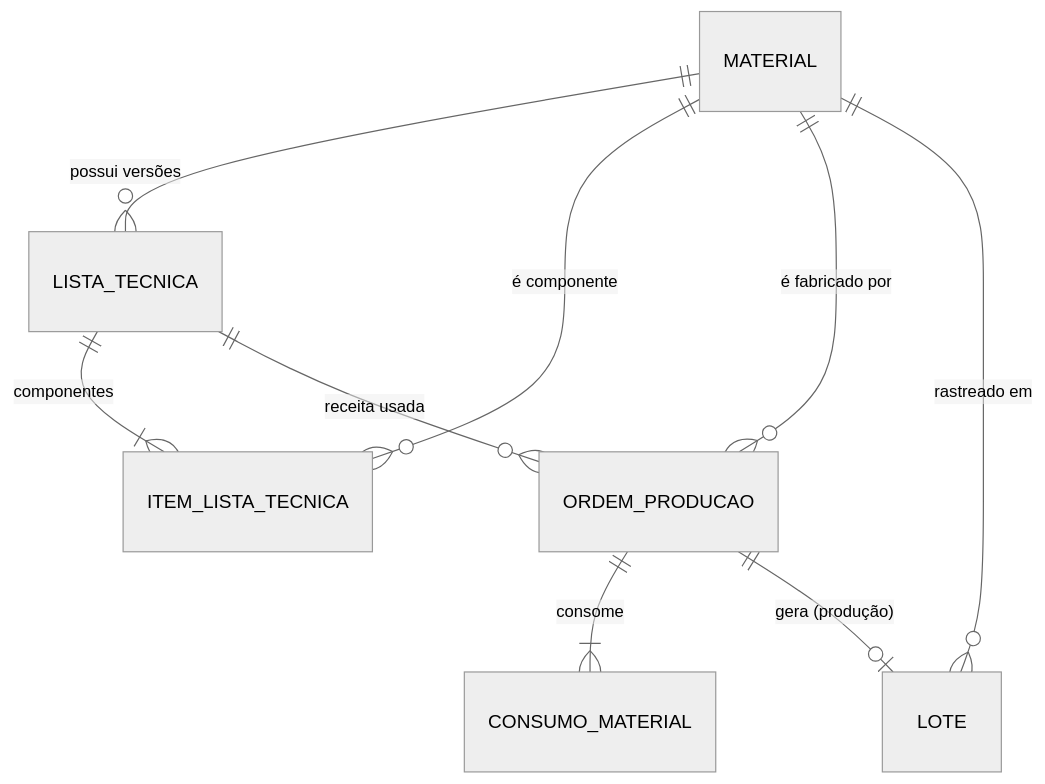
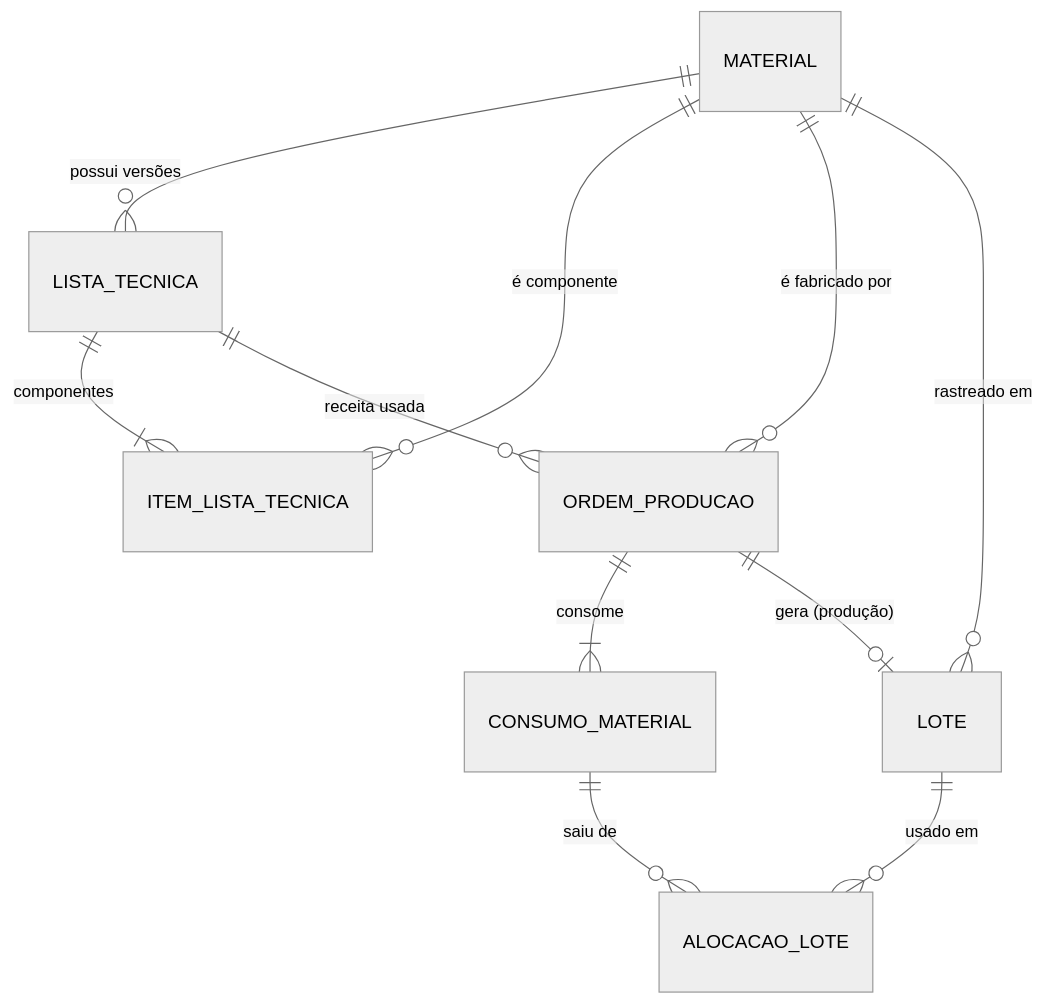
The second of 2 diagrams in README.md (Krsoliveira/pcp-inteligente-producao), drawn with Mermaid (neutral theme) before and after one commit. The commit also changed other lines of this file and 52 other files, not shown here.

````diff
--- a/README.md
+++ b/README.md
@@ -98,11 +101,13 @@
 ```mermaid
 erDiagram
     MATERIAL ||--o{ LISTA_TECNICA : "possui versões"
     LISTA_TECNICA ||--|{ ITEM_LISTA_TECNICA : "componentes"
     MATERIAL ||--o{ ITEM_LISTA_TECNICA : "é componente"
     MATERIAL ||--o{ ORDEM_PRODUCAO : "é fabricado por"
     LISTA_TECNICA ||--o{ ORDEM_PRODUCAO : "receita usada"
     ORDEM_PRODUCAO ||--|{ CONSUMO_MATERIAL : "consome"
     ORDEM_PRODUCAO ||--o| LOTE : "gera (produção)"
     MATERIAL ||--o{ LOTE : "rastreado em"
+    CONSUMO_MATERIAL ||--o{ ALOCACAO_LOTE : "saiu de"
+    LOTE ||--o{ ALOCACAO_LOTE : "usado em"
 ```
````
